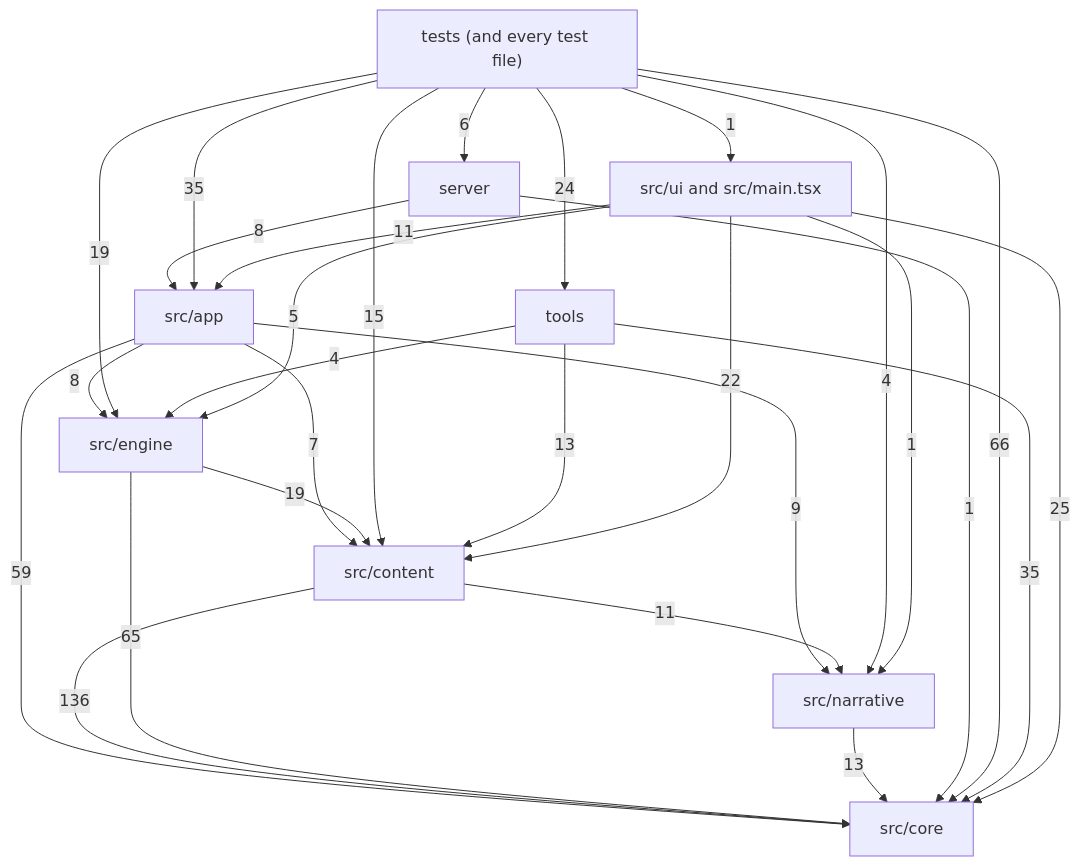
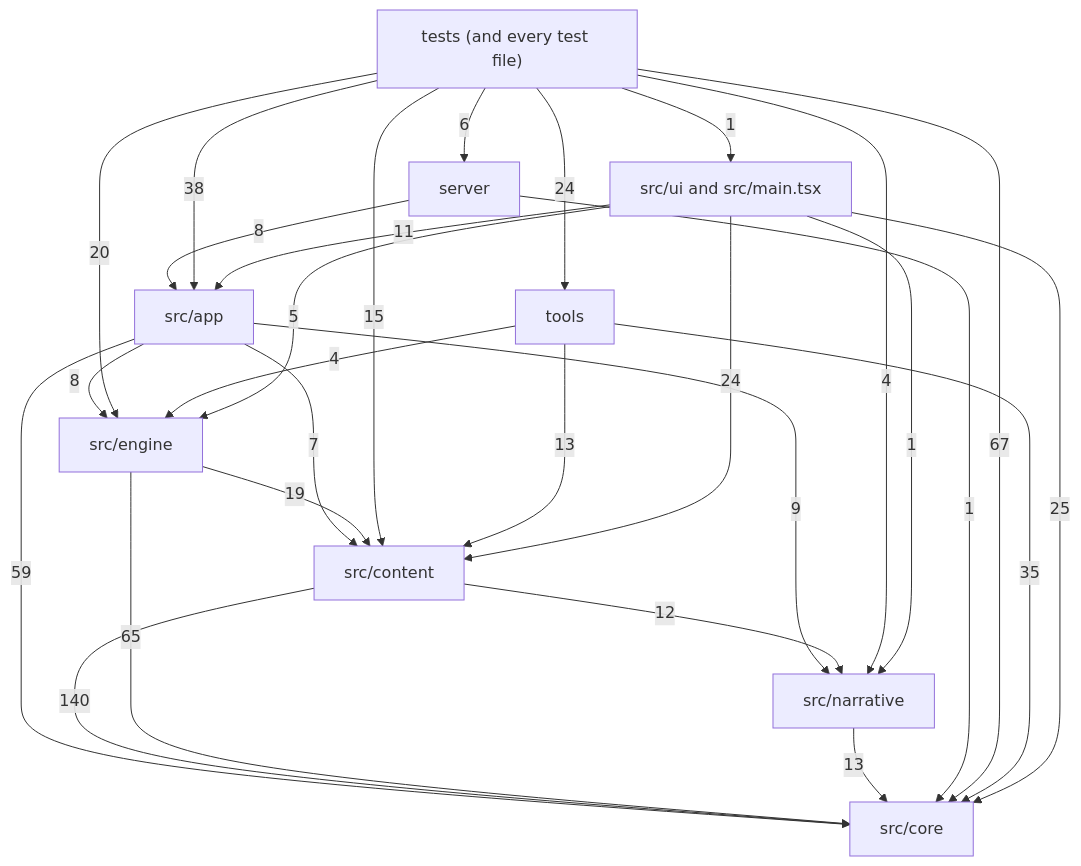
The diagram in docs/reference/code-map/README.md (OrangeB0lt/Cyber-funk), drawn with Mermaid before and after one commit. The commit also changed other lines of this file and 27 other files, not shown here.

````diff
--- a/docs/reference/code-map/README.md
+++ b/docs/reference/code-map/README.md
@@ -29,39 +29,39 @@
 ```mermaid
 flowchart TD
   core["src/core"]
   narrative["src/narrative"]
   content["src/content"]
   engine["src/engine"]
   app["src/app"]
   ui["src/ui and src/main.tsx"]
   server["server"]
   tools["tools"]
   tests["tests (and every test file)"]
   app -->|7| content
   app -->|59| core
   app -->|8| engine
   app -->|9| narrative
-  content -->|136| core
-  content -->|11| narrative
+  content -->|140| core
+  content -->|12| narrative
   engine -->|19| content
   engine -->|65| core
   narrative -->|13| core
   server -->|8| app
   server -->|1| core
-  tests -->|35| app
+  tests -->|38| app
   tests -->|15| content
-  tests -->|66| core
-  tests -->|19| engine
+  tests -->|67| core
+  tests -->|20| engine
   tests -->|4| narrative
   tests -->|6| server
   tests -->|24| tools
   tests -->|1| ui
   tools -->|13| content
   tools -->|35| core
   tools -->|4| engine
   ui -->|11| app
-  ui -->|22| content
+  ui -->|24| content
   ui -->|25| core
   ui -->|5| engine
   ui -->|1| narrative
 ```
````
